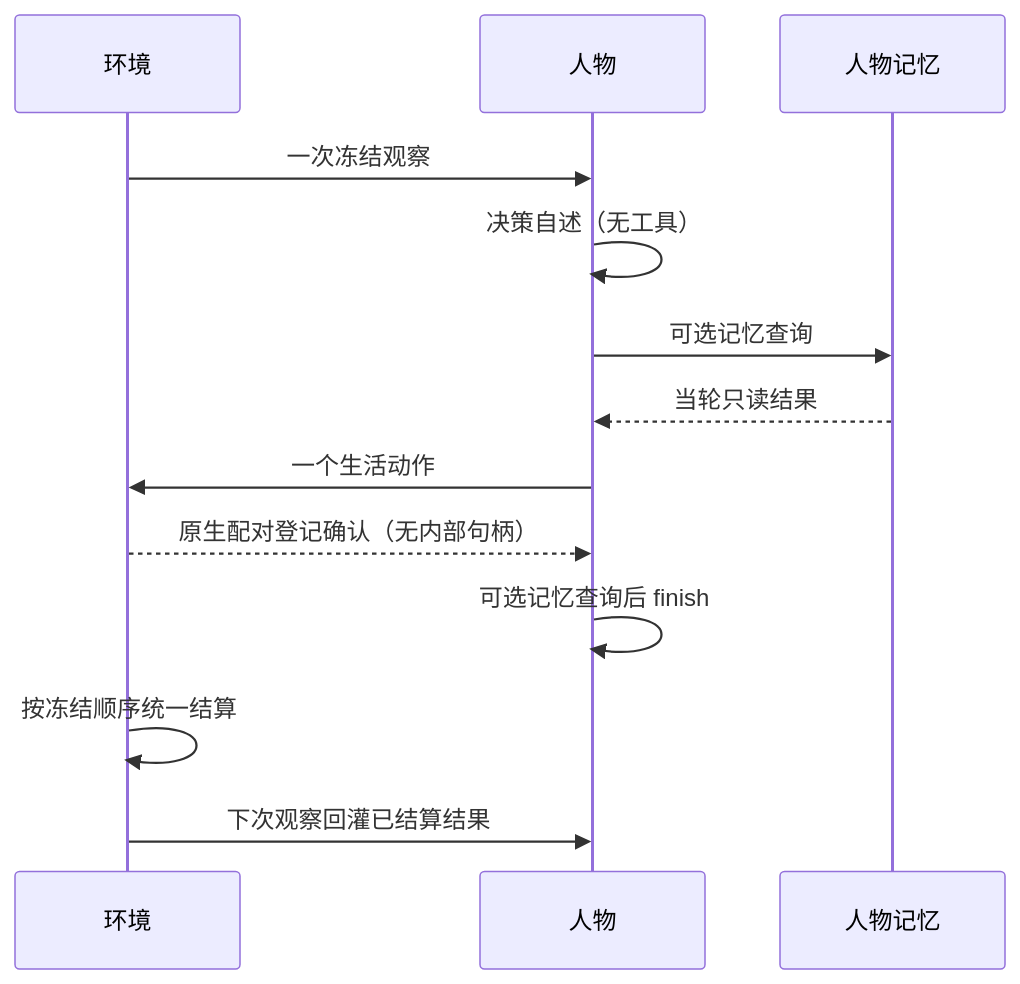
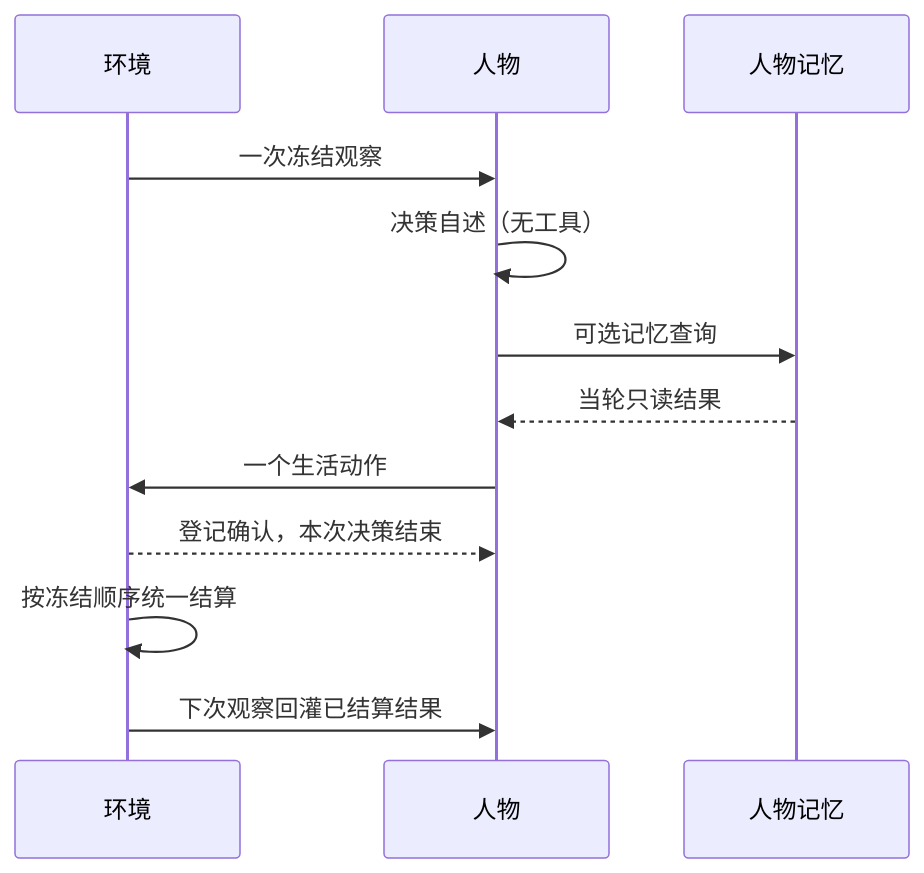
One commit to HoldThatThgt/WorldMock changed the diagram in docs/dev/SPEC-decision-context.md. Above: the diagram before and after it, drawn with Mermaid. The commit also changed other lines of this file and 28 other files, not shown here.

````diff
--- a/docs/dev/SPEC-decision-context.md
+++ b/docs/dev/SPEC-decision-context.md
@@ -12,15 +12,14 @@
 ```mermaid
 sequenceDiagram
     participant W as 环境
     participant A as 人物
     participant M as 人物记忆
     W->>A: 一次冻结观察
     A->>A: 决策自述（无工具）
     A->>M: 可选记忆查询
     M-->>A: 当轮只读结果
     A->>W: 一个生活动作
-    W-->>A: 原生配对登记确认（无内部句柄）
-    A->>A: 可选记忆查询后 finish
+    W-->>A: 登记确认，本次决策结束
     W->>W: 按冻结顺序统一结算
     W->>A: 下次观察回灌已结算结果
 ```
````
